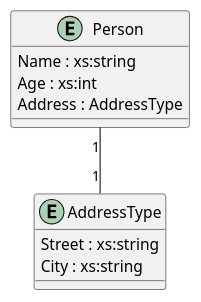
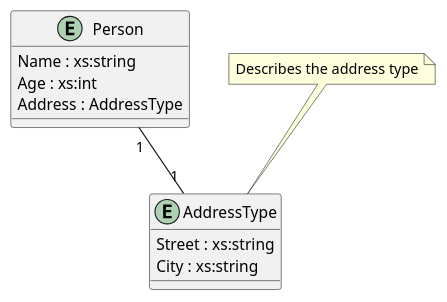
Before and after one commit to syfds/xsd2plantuml-converter: the diagram in README.md, drawn with PlantUML. The commit also changed other lines of this file and 5 other files, not shown here.

````diff
--- a/README.md
+++ b/README.md
@@ -37,14 +40,17 @@
 ```plantuml
 @startuml
 entity "Person" {
   Name : xs:string
   Age : xs:int
   Address : AddressType
 }
 entity "AddressType" {
   Street : xs:string
   City : xs:string
 }
+note top of AddressType
+Describes the address type
+end note
 Person "1"--"1"AddressType
 @enduml
 ```
````
